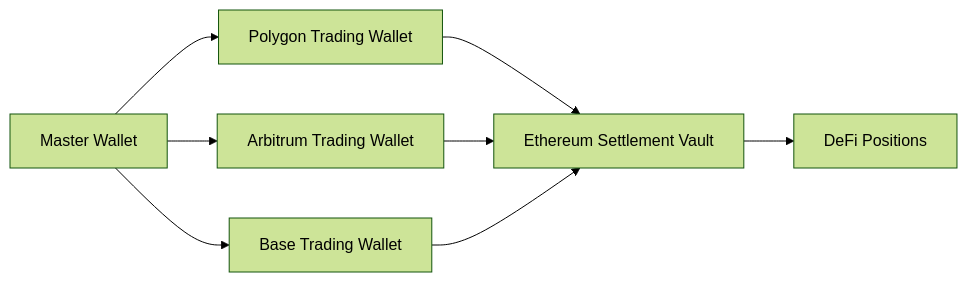
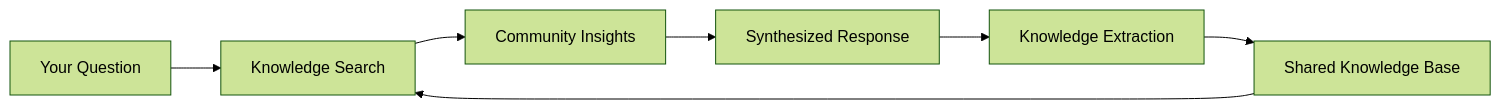
Before and after one commit to trenchsheikh/c0gni: the diagram in docs/quickstart.mdx, drawn with Mermaid (forest theme). The commit also changed other lines of this file and 3 other files, not shown here.

````diff
--- a/docs/quickstart.mdx
+++ b/docs/quickstart.mdx
@@ -199,10 +214,9 @@
 ```mermaid
 graph LR
-    A[Master Wallet] --> B[Polygon Trading Wallet]
-    A --> C[Arbitrum Trading Wallet]
-    A --> D[Base Trading Wallet]
-    B --> E[Ethereum Settlement Vault]
-    C --> E
-    D --> E
-    E --> F[DeFi Positions]
+    A[Your Question] --> B[Knowledge Search]
+    B --> C[Community Insights] 
+    C --> D[Synthesized Response]
+    D --> E[Knowledge Extraction]
+    E --> F[Shared Knowledge Base]
+    F --> B
 ```
````
